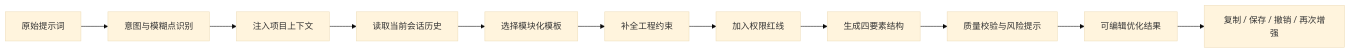
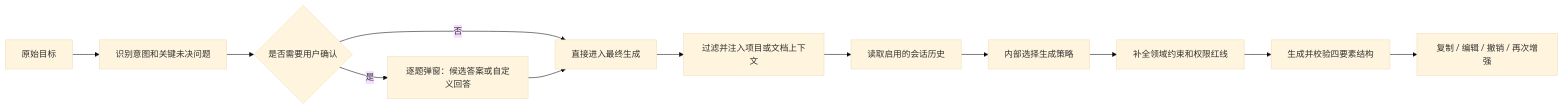
Before and after one commit to QingNiao0x/prompt-optimizer-platform: the diagram in docs/11-提示词增强能力设计.md, drawn with Mermaid (base theme). The commit also changed other lines of this file and 62 other files, not shown here.

````diff
--- a/docs/11-提示词增强能力设计.md
+++ b/docs/11-提示词增强能力设计.md
@@ -11,13 +11,14 @@
 ```mermaid
 flowchart LR
-    A[原始提示词] --> B[意图与模糊点识别]
-    B --> C[注入项目上下文]
-    C --> D[读取当前会话历史]
-    D --> E[选择模块化模板]
-    E --> F[补全工程约束]
-    F --> G[加入权限红线]
-    G --> H[生成四要素结构]
-    H --> I[质量校验与风险提示]
-    I --> J[可编辑优化结果]
-    J --> K[复制 / 保存 / 撤销 / 再次增强]
+    A[原始目标] --> B[识别意图和关键未决问题]
+    B --> C{是否需要用户确认}
+    C -->|是| D[逐题弹窗：候选答案或自定义回答]
+    C -->|否| E[直接进入最终生成]
+    D --> E
+    E --> F[过滤并注入项目或文档上下文]
+    F --> G[读取启用的会话历史]
+    G --> H[内部选择生成策略]
+    H --> I[补全领域约束和权限红线]
+    I --> J[生成并校验四要素结构]
+    J --> K[复制 / 编辑 / 撤销 / 再次增强]
 ```
````
